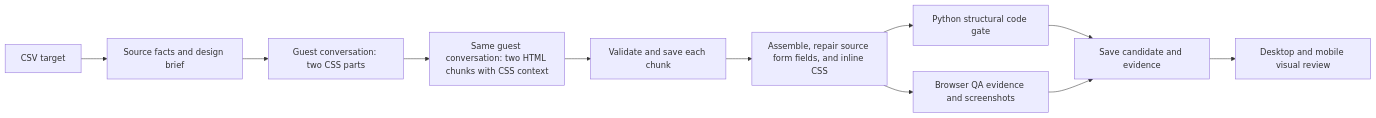
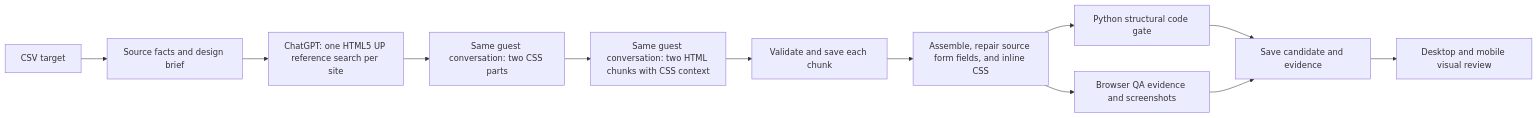
The diagram in chatgpt_automation/README.md (hometownredesignsites/git-content), drawn with Mermaid before and after one commit. The commit also changed other lines of this file and 5 other files, not shown here.

Commit message:
Add HTML5 UP design reference preflight

````diff
--- a/chatgpt_automation/README.md
+++ b/chatgpt_automation/README.md
@@ -5,13 +5,14 @@
 ```mermaid
 flowchart LR
   A[CSV target] --> B[Source facts and design brief]
-  B --> C[Guest conversation: two CSS parts]
-  C --> D[Same guest conversation: two HTML chunks with CSS context]
-  D --> E[Validate and save each chunk]
-  E --> F[Assemble, repair source form fields, and inline CSS]
-  F --> G[Python structural code gate]
-  F --> H[Browser QA evidence and screenshots]
-  G --> I[Save candidate and evidence]
-  H --> I
-  I --> J[Desktop and mobile visual review]
+  B --> C[ChatGPT: one HTML5 UP reference search per site]
+  C --> D[Same guest conversation: two CSS parts]
+  D --> E[Same guest conversation: two HTML chunks with CSS context]
+  E --> F[Validate and save each chunk]
+  F --> G[Assemble, repair source form fields, and inline CSS]
+  G --> H[Python structural code gate]
+  G --> I[Browser QA evidence and screenshots]
+  H --> J[Save candidate and evidence]
+  I --> J
+  J --> K[Desktop and mobile visual review]
 ```
````
